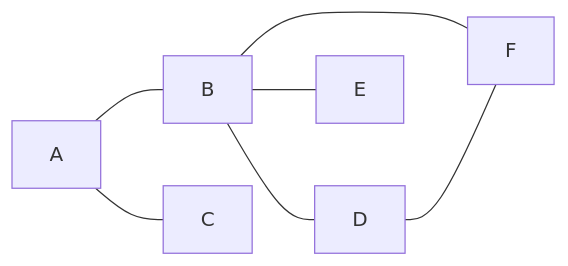
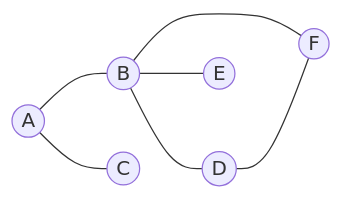
The second of 4 diagrams in 2019년 4월/1조/심승용/Chapter2.md (embedded3144/NewAdaptiveCodeBook), drawn with Mermaid before and after one commit. The commit also changed other lines of this file, not shown here.

````diff
--- a/2019년 4월/1조/심승용/Chapter2.md
+++ b/2019년 4월/1조/심승용/Chapter2.md
@@ -17,9 +17,15 @@
 ```mermaid
 graph LR;
+A((A))
+B((B))
+C((C))
+D((D))
+E((E))
+F((F))
 A---B;
 A---C;
 B---D;
 B---F;
 B---E;
 D---F;
 ```
````
